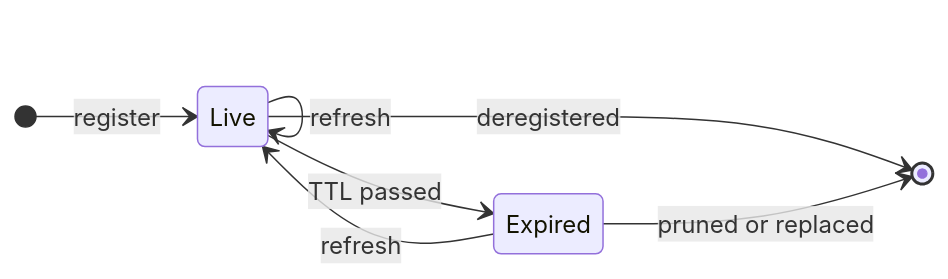
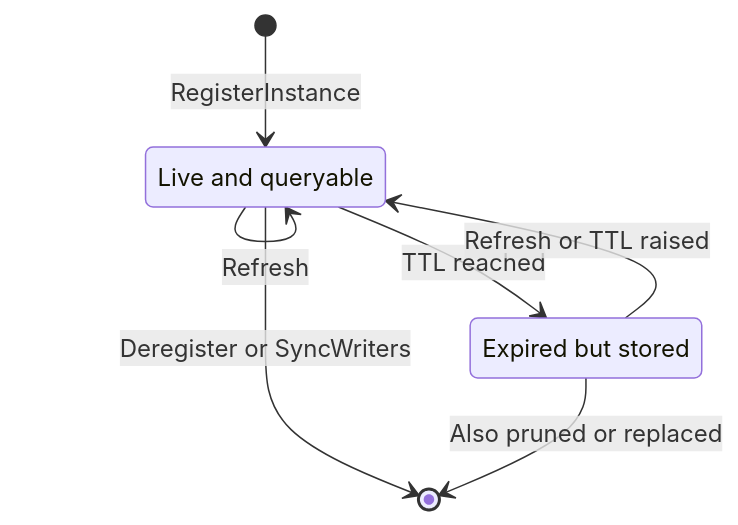
One commit to qdanik/gateway-registry changed the second of 2 diagrams in README.md. Above: the diagram before and after it, drawn with Mermaid. The commit also changed other lines of this file, not shown here.

Commit message:
Make README diagrams show call rights and full instance lifecycle

````diff
--- a/README.md
+++ b/README.md
@@ -50,10 +35,13 @@
 ```mermaid
 stateDiagram-v2
-    direction LR
-    [*] --> Live: register
-    Live --> Live: refresh
-    Live --> Expired: TTL passed
-    Expired --> Live: refresh
-    Live --> [*]: deregistered
-    Expired --> [*]: pruned or replaced
+    direction TB
+    state "Live and queryable" as Live
+    state "Expired but stored" as Expired
+
+    [*] --> Live: RegisterInstance
+    Live --> Live: Refresh
+    Live --> Expired: TTL reached
+    Expired --> Live: Refresh or TTL raised
+    Live --> [*]: Deregister or SyncWriters
+    Expired --> [*]: Also pruned or replaced
 ```
````
